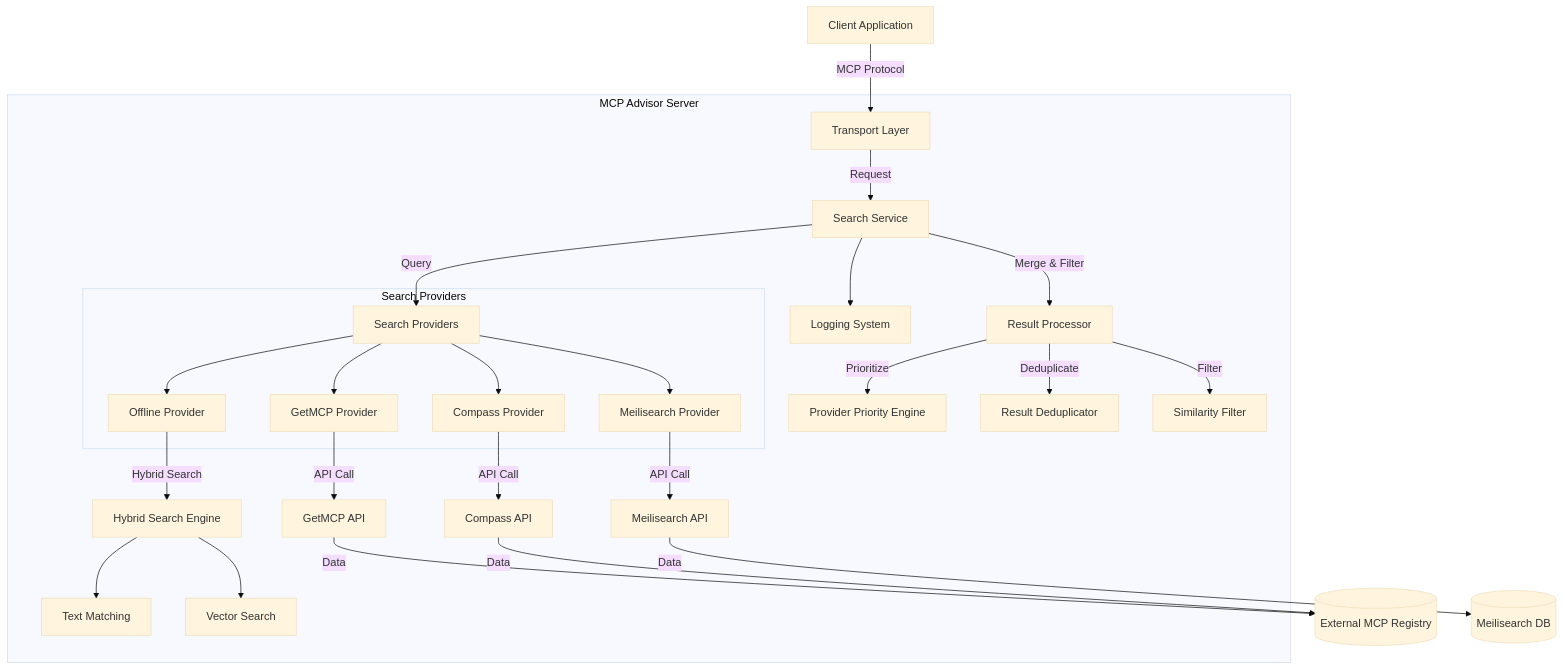
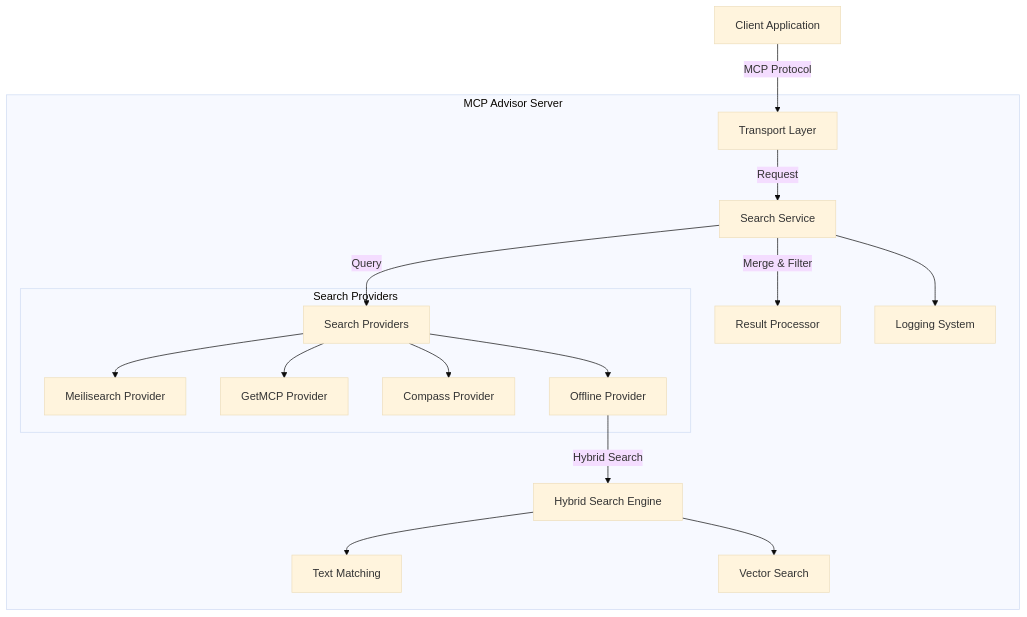
The first of 2 diagrams in README.md (OI-OS/OI-mcpadvisor), drawn with Mermaid (base theme) before and after one commit. The commit also changed other lines of this file and 5 other files, not shown here.

````diff
--- a/README.md
+++ b/README.md
@@ -86,35 +63,24 @@
 ```mermaid
 graph TD
     Client["Client Application"] --> |"MCP Protocol"| Transport["Transport Layer"]
     
     subgraph "MCP Advisor Server"
         Transport --> |"Request"| SearchService["Search Service"]
         SearchService --> |"Query"| Providers["Search Providers"]
         
         subgraph "Search Providers"
             Providers --> MeilisearchProvider["Meilisearch Provider"]
             Providers --> GetMcpProvider["GetMCP Provider"]
             Providers --> CompassProvider["Compass Provider"]
             Providers --> OfflineProvider["Offline Provider"]
         end
         
         OfflineProvider --> |"Hybrid Search"| HybridSearch["Hybrid Search Engine"]
         HybridSearch --> TextMatching["Text Matching"]
         HybridSearch --> VectorSearch["Vector Search"]
         
-        MeilisearchProvider --> |"API Call"| MeilisearchAPI["Meilisearch API"]
-        GetMcpProvider --> |"API Call"| GetMcpAPI["GetMCP API"]
-        CompassProvider --> |"API Call"| CompassAPI["Compass API"]
-        
         SearchService --> |"Merge & Filter"| ResultProcessor["Result Processor"]
-        ResultProcessor --> |"Prioritize"| PriorityEngine["Provider Priority Engine"]
-        ResultProcessor --> |"Deduplicate"| Deduplicator["Result Deduplicator"]
-        ResultProcessor --> |"Filter"| SimilarityFilter["Similarity Filter"]
         
         SearchService --> Logger["Logging System"]
     end
-    
-    GetMcpAPI --> |"Data"| ExternalMCPRegistry[("External MCP Registry")]
-    CompassAPI --> |"Data"| ExternalMCPRegistry
-    MeilisearchAPI --> |"Data"| MeilisearchDB[("Meilisearch DB")]
 ```
````
